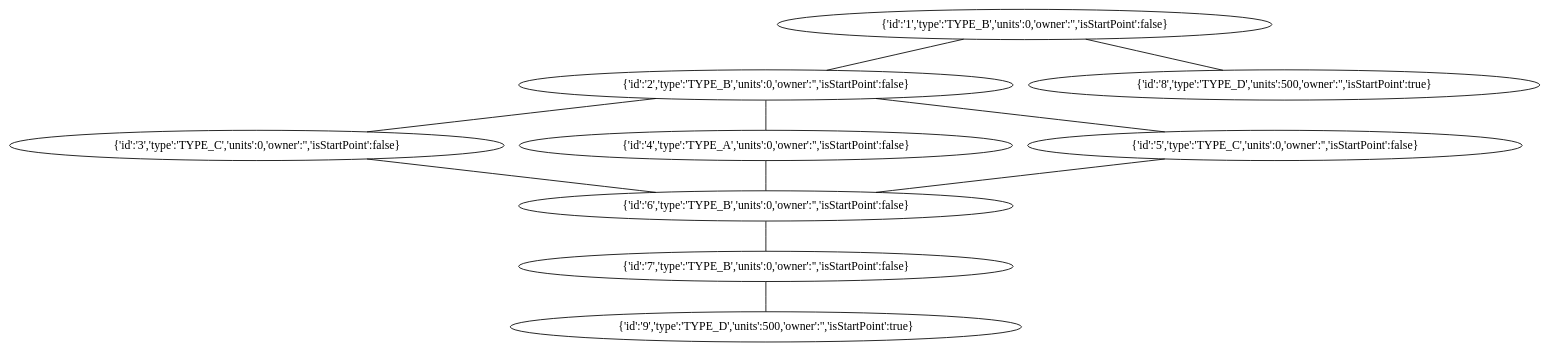
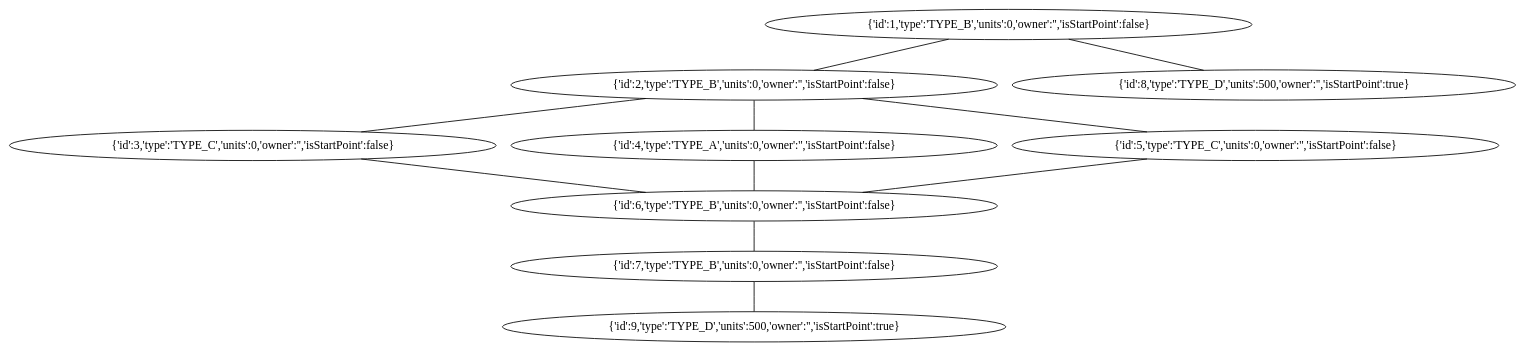
One commit to burningrain/planetBot changed the diagram in map-service/maps/test2.gv. Above: the diagram before and after it, drawn with Graphviz. The commit also changed 11 other files, not shown here.

Commit message:
#5 Валидация по схемам вшитым в бандл

```diff
--- a/map-service/maps/test2.gv
+++ b/map-service/maps/test2.gv
@@ -1,21 +1,21 @@
 graph "{'galaxyType':'SMALL_BASES'}" {
-    1[label="{'id':'1','type':'TYPE_B','units':0,'owner':'','isStartPoint':false}"];
-    2[label="{'id':'2','type':'TYPE_B','units':0,'owner':'','isStartPoint':false}"];
-    3[label="{'id':'3','type':'TYPE_C','units':0,'owner':'','isStartPoint':false}"];
-    4[label="{'id':'4','type':'TYPE_A','units':0,'owner':'','isStartPoint':false}"];
-    5[label="{'id':'5','type':'TYPE_C','units':0,'owner':'','isStartPoint':false}"];
-    6[label="{'id':'6','type':'TYPE_B','units':0,'owner':'','isStartPoint':false}"];
-    7[label="{'id':'7','type':'TYPE_B','units':0,'owner':'','isStartPoint':false}"];
-    8[label="{'id':'8','type':'TYPE_D','units':500,'owner':'','isStartPoint':true}"];
-    9[label="{'id':'9','type':'TYPE_D','units':500,'owner':'','isStartPoint':true}"];
+    1[label="{'id':1,'type':'TYPE_B','units':0,'owner':'','isStartPoint':false}"];
+    2[label="{'id':2,'type':'TYPE_B','units':0,'owner':'','isStartPoint':false}"];
+    3[label="{'id':3,'type':'TYPE_C','units':0,'owner':'','isStartPoint':false}"];
+    4[label="{'id':4,'type':'TYPE_A','units':0,'owner':'','isStartPoint':false}"];
+    5[label="{'id':5,'type':'TYPE_C','units':0,'owner':'','isStartPoint':false}"];
+    6[label="{'id':6,'type':'TYPE_B','units':0,'owner':'','isStartPoint':false}"];
+    7[label="{'id':7,'type':'TYPE_B','units':0,'owner':'','isStartPoint':false}"];
+    8[label="{'id':8,'type':'TYPE_D','units':500,'owner':'','isStartPoint':true}"];
+    9[label="{'id':9,'type':'TYPE_D','units':500,'owner':'','isStartPoint':true}"];
     1 -- 2;
     2 -- 3;
     2 -- 4;
     2 -- 5;
     3 -- 6;
     4 -- 6;
     5 -- 6;
     6 -- 7;
     1 -- 8;
     7 -- 9;
 }
```
